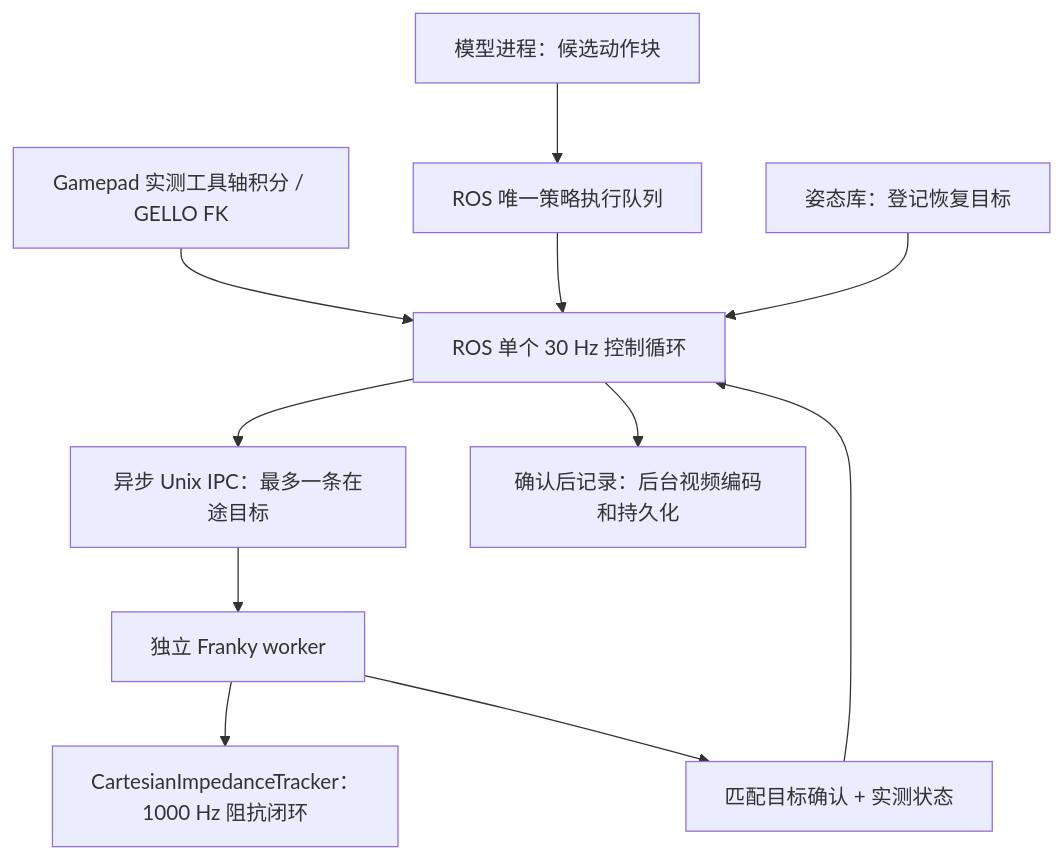
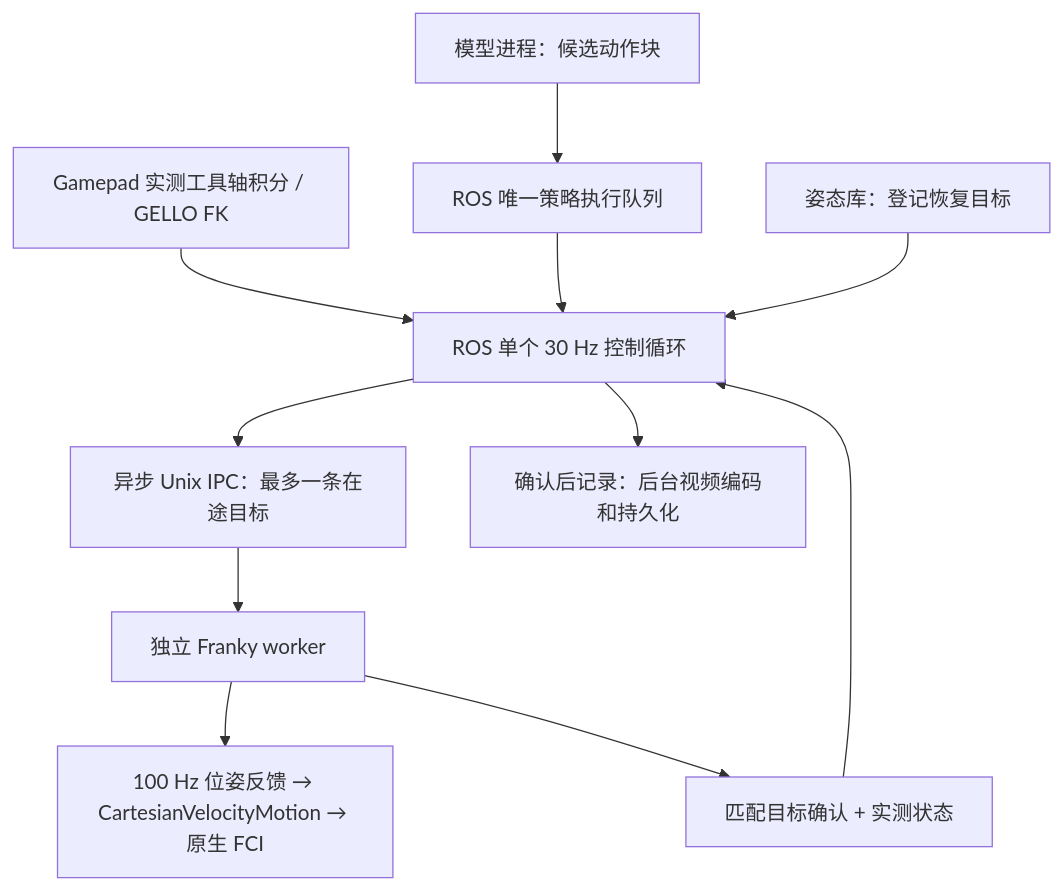
The diagram in README.md (HunterSun2005/VLA-Workbench), drawn with Mermaid before and after one commit. The commit also changed other lines of this file and 83 other files, not shown here.

````diff
--- a/README.md
+++ b/README.md
@@ -13,13 +13,13 @@
 ```mermaid
 flowchart TD
   G[Gamepad 实测工具轴积分 / GELLO FK] --> C[ROS 单个 30 Hz 控制循环]
   M[模型进程：候选动作块] --> Q[ROS 唯一策略执行队列]
   Q --> C
   P[姿态库：登记恢复目标] --> C
   C --> I[异步 Unix IPC：最多一条在途目标]
   I --> W[独立 Franky worker]
-  W --> T[CartesianImpedanceTracker：1000 Hz 阻抗闭环]
+  W --> T[100 Hz 位姿反馈 → CartesianVelocityMotion → 原生 FCI]
   W --> A[匹配目标确认 + 实测状态]
   A --> C
   C --> D[确认后记录：后台视频编码和持久化]
 ```
````
